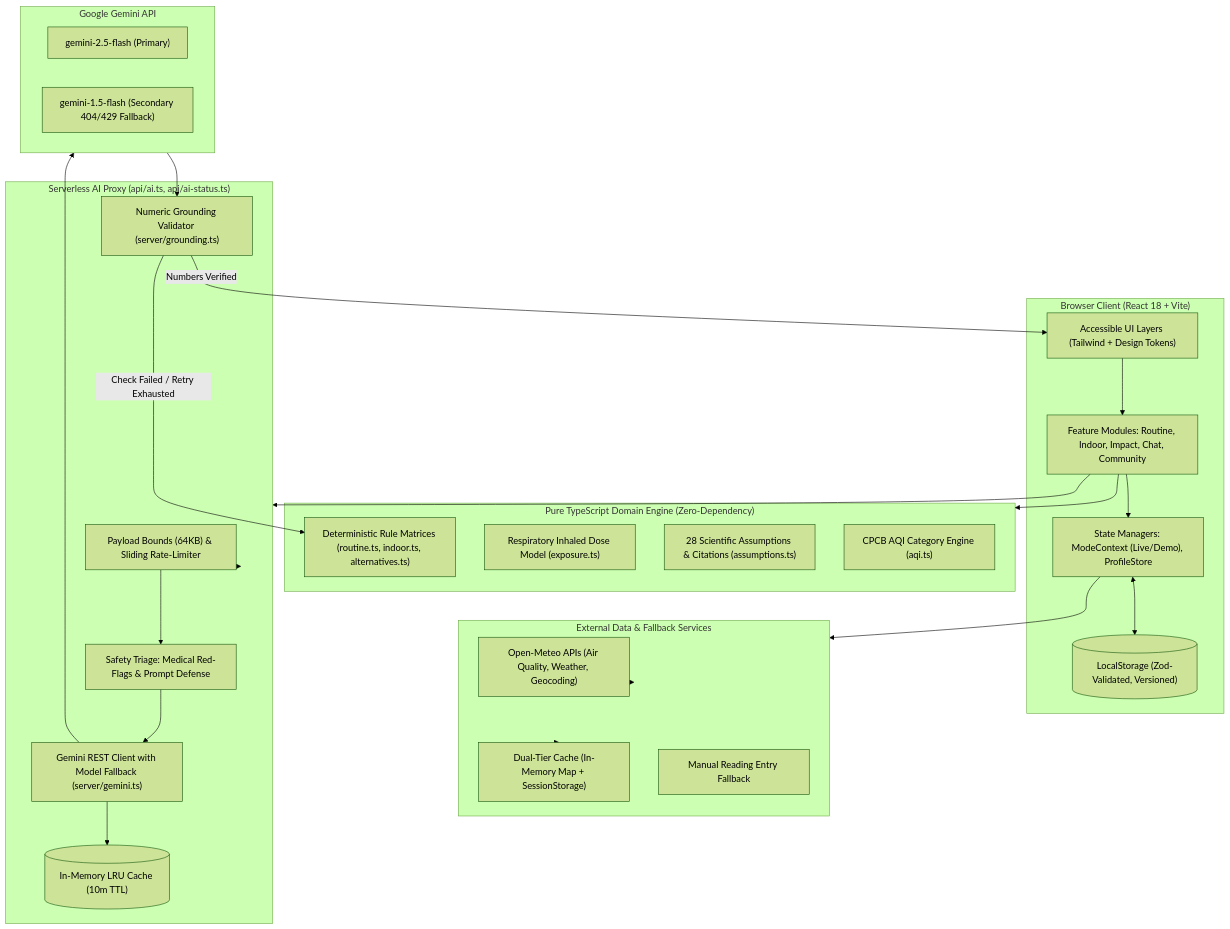
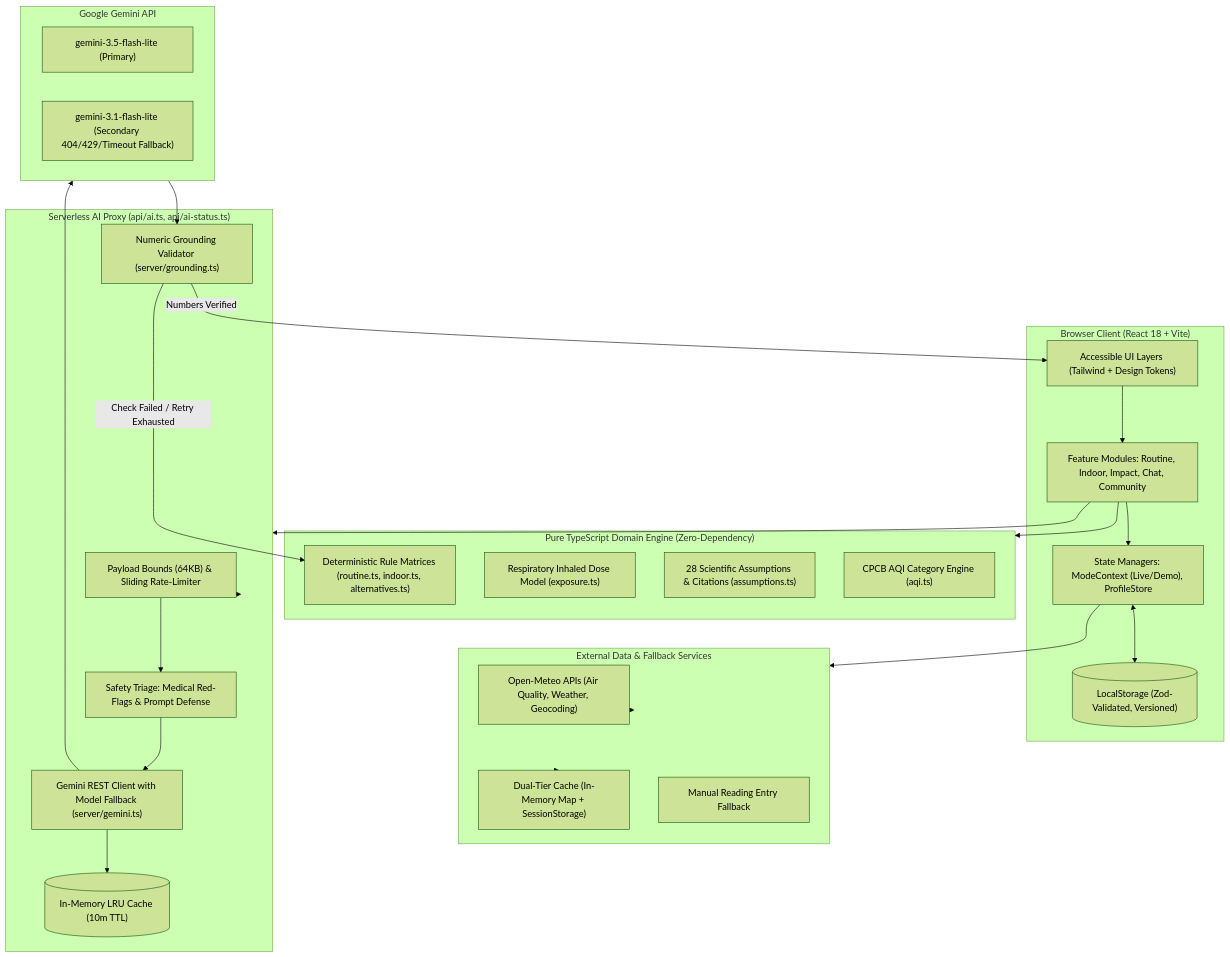
One commit to Sitanshudevop/Air_Quality_Assistant changed the diagram in docs/ARCHITECTURE.md. Above: the diagram before and after it, drawn with Mermaid (forest theme). The commit also changed 93 other files, not shown here.

````diff
--- a/docs/ARCHITECTURE.md
+++ b/docs/ARCHITECTURE.md
@@ -9,52 +9,52 @@
 ```mermaid
 flowchart TD
     subgraph BrowserClient["Browser Client (React 18 + Vite)"]
         UI["Accessible UI Layers (Tailwind + Design Tokens)"]
         Tabs["Feature Modules: Routine, Indoor, Impact, Chat, Community"]
         State["State Managers: ModeContext (Live/Demo), ProfileStore"]
         Storage[("LocalStorage (Zod-Validated, Versioned)")]
     end
 
     subgraph DomainEngine["Pure TypeScript Domain Engine (Zero-Dependency)"]
         AQI["CPCB AQI Category Engine (aqi.ts)"]
         Dose["Respiratory Inhaled Dose Model (exposure.ts)"]
         Assumptions["28 Scientific Assumptions & Citations (assumptions.ts)"]
         Rules["Deterministic Rule Matrices (routine.ts, indoor.ts, alternatives.ts)"]
     end
 
     subgraph DataLayer["External Data & Fallback Services"]
         OpenMeteo["Open-Meteo APIs (Air Quality, Weather, Geocoding)"]
         Cache["Dual-Tier Cache (In-Memory Map + SessionStorage)"]
         Manual["Manual Reading Entry Fallback"]
     end
 
     subgraph ServerlessProxy["Serverless AI Proxy (api/ai.ts, api/ai-status.ts)"]
         Guard["Payload Bounds (64KB) & Sliding Rate-Limiter"]
         Safety["Safety Triage: Medical Red-Flags & Prompt Defense"]
         Grounding["Numeric Grounding Validator (server/grounding.ts)"]
         GeminiClient["Gemini REST Client with Model Fallback (server/gemini.ts)"]
         LRU[("In-Memory LRU Cache (10m TTL)")]
     end
 
     subgraph UpstreamAI["Google Gemini API"]
-        GeminiPrimary["gemini-2.5-flash (Primary)"]
-        GeminiFallback["gemini-1.5-flash (Secondary 404/429 Fallback)"]
+        GeminiPrimary["gemini-3.5-flash-lite (Primary)"]
+        GeminiFallback["gemini-3.1-flash-lite (Secondary 404/429/Timeout Fallback)"]
     end
 
     UI --> Tabs
     Tabs --> State
     State <--> Storage
     Tabs --> DomainEngine
     State --> DataLayer
     DataLayer --> OpenMeteo
     DataLayer --> Cache
     Tabs --> ServerlessProxy
     ServerlessProxy --> Guard
     Guard --> Safety
     Safety --> GeminiClient
     GeminiClient --> LRU
     GeminiClient --> UpstreamAI
     UpstreamAI --> Grounding
     Grounding -- "Numbers Verified" --> UI
     Grounding -- "Check Failed / Retry Exhausted" --> Rules
 ```
````
